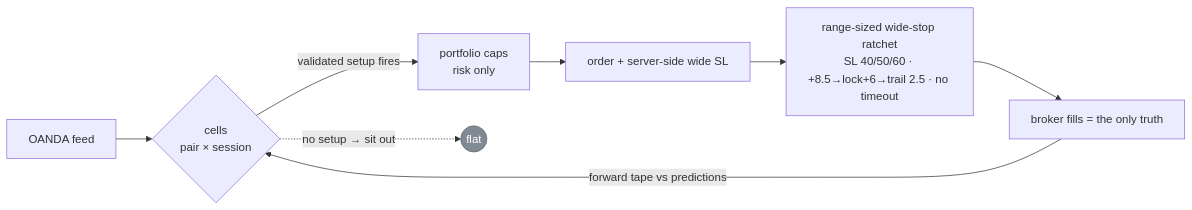
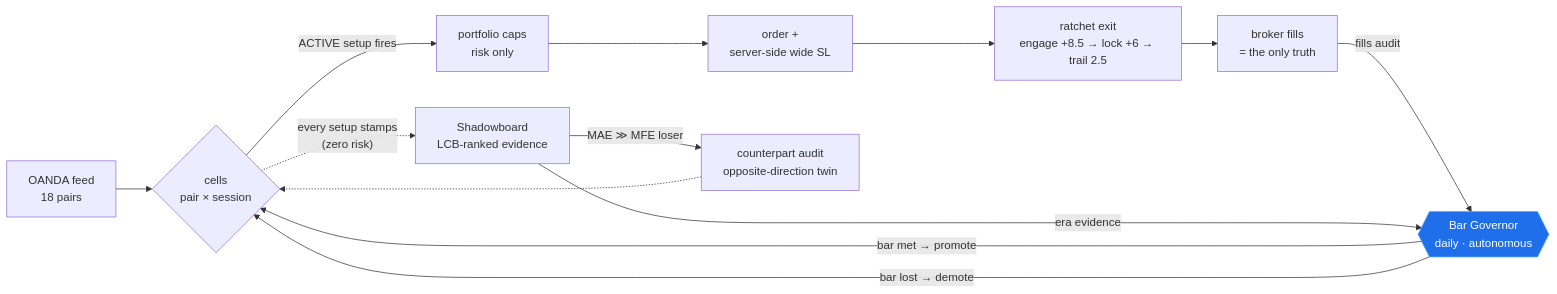
One commit to BrockStar3540/mr-scrooge-v6 changed the diagram in README.md. Above: the diagram before and after it, drawn with Mermaid. The commit also changed other lines of this file and 6 other files, not shown here.

First line of the commit message:
docs: README overhaul — current text, live graphics, trial-loop pipeline, dashboard shots (Brock)

````diff
--- a/README.md
+++ b/README.md
@@ -97,11 +104,12 @@
 ```mermaid
 flowchart LR
-    A[OANDA feed] --> B{cells<br/>pair × session}
-    B -- "validated setup fires" --> C[portfolio caps<br/>risk only]
-    B -. "no setup → sit out" .-> Z((flat))
-    C --> D[order + server-side wide SL]
-    D --> E[range-sized wide-stop ratchet<br/>SL 40/50/60 · +8.5→lock+6→trail 2.5 · no timeout]
-    E --> F[broker fills = the only truth]
-    F -- "forward tape vs predictions" --> B
-    style Z fill:#808a94,stroke:#666,color:#fff
+    A[OANDA feed<br/>18 pairs] --> B{cells<br/>pair × session}
+    B -- "ACTIVE setup fires" --> C[portfolio caps<br/>risk only] --> D[order +<br/>server-side wide SL] --> E[ratchet exit<br/>engage +8.5 → lock +6 → trail 2.5] --> F[broker fills<br/>= the only truth]
+    B -. "every setup stamps<br/>(zero risk)" .-> S[Shadowboard<br/>LCB-ranked evidence]
+    F -- "fills audit" --> G{{Bar Governor<br/>daily · autonomous}}
+    S -- "era evidence" --> G
+    G -- "bar met → promote" --> B
+    G -- "bar lost → demote" --> B
+    S -- "MAE ≫ MFE loser" --> H[counterpart audit<br/>opposite-direction twin] -.-> B
+    style G fill:#1f6feb,stroke:#58a6ff,color:#fff
 ```
````
